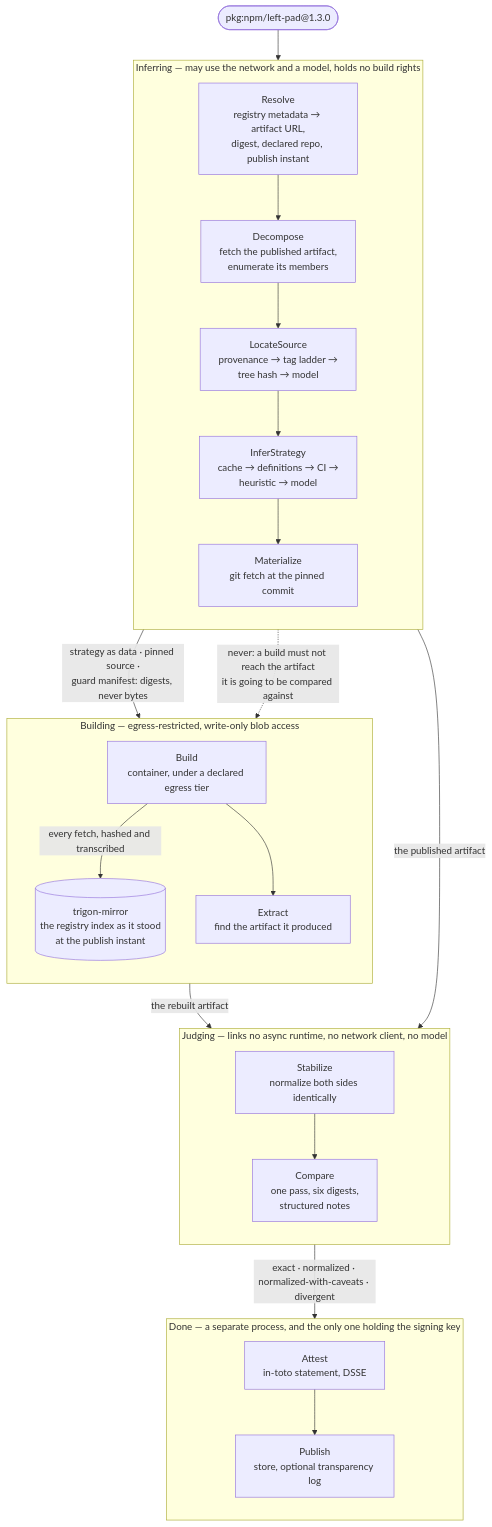
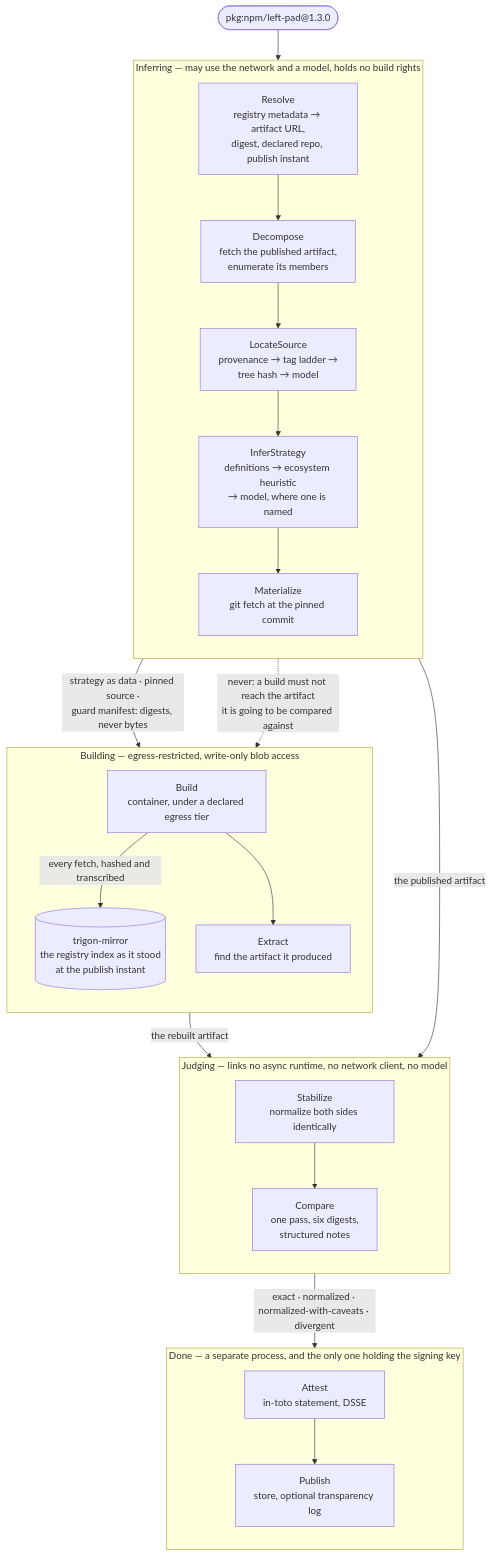
The diagram in README.md (scovetta/trigon), drawn with Mermaid before and after one commit. The commit also changed other lines of this file and 2 other files, not shown here.

````diff
--- a/README.md
+++ b/README.md
@@ -152,44 +155,44 @@
 ```mermaid
 flowchart TB
     target(["pkg:npm/left-pad@1.3.0"])
 
     subgraph inferring["Inferring — may use the network and a model, holds no build rights"]
         direction TB
         resolve["Resolve<br/>registry metadata → artifact URL,<br/>digest, declared repo, publish instant"]
         decompose["Decompose<br/>fetch the published artifact,<br/>enumerate its members"]
         locate["LocateSource<br/>provenance → tag ladder →<br/>tree hash → model"]
-        strategy["InferStrategy<br/>cache → definitions → CI →<br/>heuristic → model"]
+        strategy["InferStrategy<br/>definitions → ecosystem heuristic<br/>→ model, where one is named"]
         materialize["Materialize<br/>git fetch at the pinned commit"]
         resolve --> decompose --> locate --> strategy --> materialize
     end
 
     subgraph building["Building — egress-restricted, write-only blob access"]
         direction TB
         run["Build<br/>container, under a declared egress tier"]
         mirror[("trigon-mirror<br/>the registry index as it stood<br/>at the publish instant")]
         extract["Extract<br/>find the artifact it produced"]
         run -->|"every fetch, hashed and transcribed"| mirror
         run --> extract
     end
 
     subgraph judging["Judging — links no async runtime, no network client, no model"]
         direction TB
         stabilize["Stabilize<br/>normalize both sides identically"]
         compare["Compare<br/>one pass, six digests,<br/>structured notes"]
         stabilize --> compare
     end
 
     subgraph done["Done — a separate process, and the only one holding the signing key"]
         direction TB
         attest["Attest<br/>in-toto statement, DSSE"]
         publish["Publish<br/>store, optional transparency log"]
         attest --> publish
     end
 
     target --> resolve
     materialize -->|"strategy as data · pinned source ·<br/>guard manifest: digests, never bytes"| run
     decompose -->|"the published artifact"| stabilize
     extract -->|"the rebuilt artifact"| stabilize
     compare -->|"exact · normalized · normalized-with-caveats · divergent"| attest
     decompose -. "never: a build must not reach the artifact<br/>it is going to be compared against" .-> run
 ```
````
